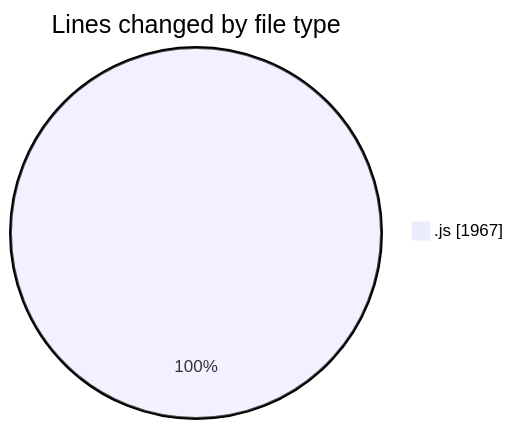
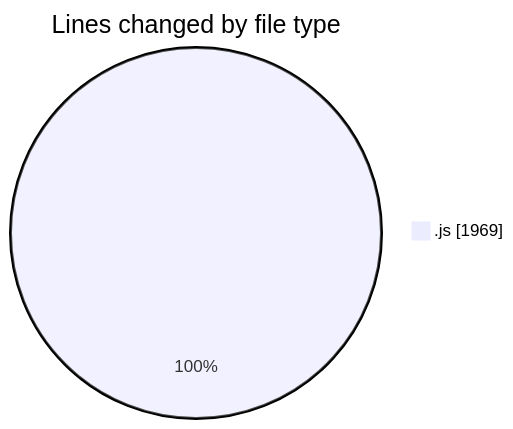
The first of 2 diagrams in 2025-04-03/jsvms/README.md (BS-eng2023/code-tracking), drawn with Mermaid before and after one commit. The commit also changed other lines of this file and 1 other file, not shown here.

````diff
--- a/2025-04-03/jsvms/README.md
+++ b/2025-04-03/jsvms/README.md
@@ -31,5 +31,5 @@
 ```mermaid
 pie showData
 title Lines changed by file type
-".js" : 1967
+".js" : 1969
 ```
````
